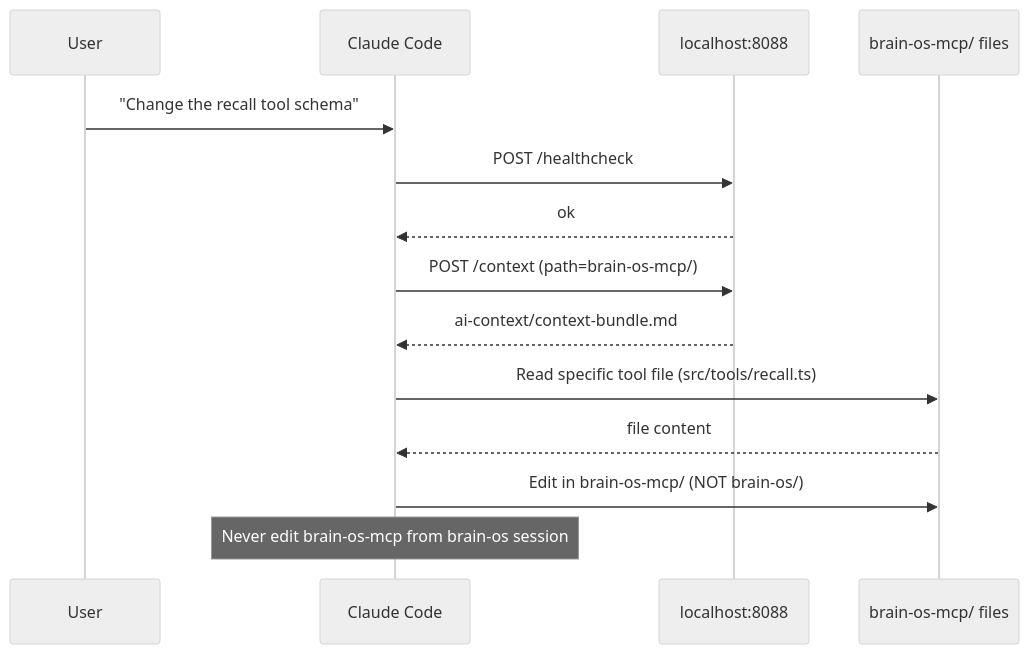
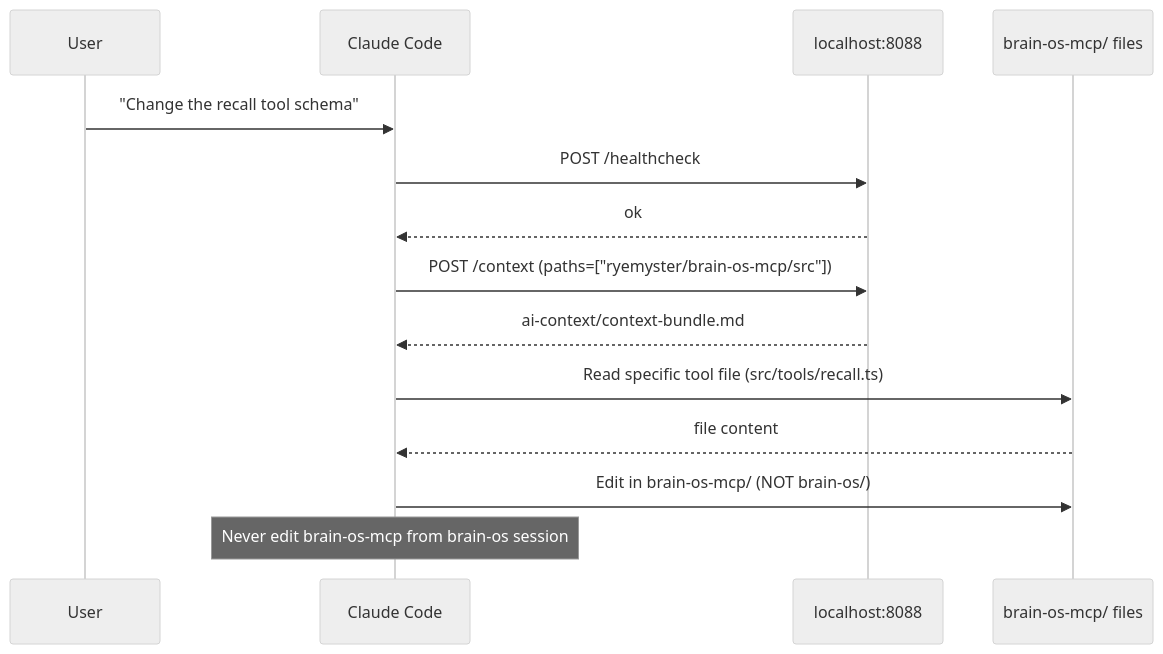
Before and after one commit to ryemyster/brain-os: the fourth of 5 diagrams in .claude/ARCHITECTURE.md, drawn with Mermaid (neutral theme). The commit also changed other lines of this file and 13 other files, not shown here.

First line of the commit message:
Wire localhost:8088/setup into full agent brain architecture

````diff
--- a/.claude/ARCHITECTURE.md
+++ b/.claude/ARCHITECTURE.md
@@ -154,17 +154,17 @@
 ```mermaid
 sequenceDiagram
     participant U as User
     participant CC as Claude Code
     participant CE as localhost:8088
     participant FS as brain-os-mcp/ files
 
     U->>CC: "Change the recall tool schema"
     CC->>CE: POST /healthcheck
     CE-->>CC: ok
-    CC->>CE: POST /context (path=brain-os-mcp/)
+    CC->>CE: POST /context (paths=["ryemyster/brain-os-mcp/src"])
     CE-->>CC: ai-context/context-bundle.md
     CC->>FS: Read specific tool file (src/tools/recall.ts)
     FS-->>CC: file content
     CC->>FS: Edit in brain-os-mcp/ (NOT brain-os/)
     Note over CC: Never edit brain-os-mcp from brain-os session
 ```
````
